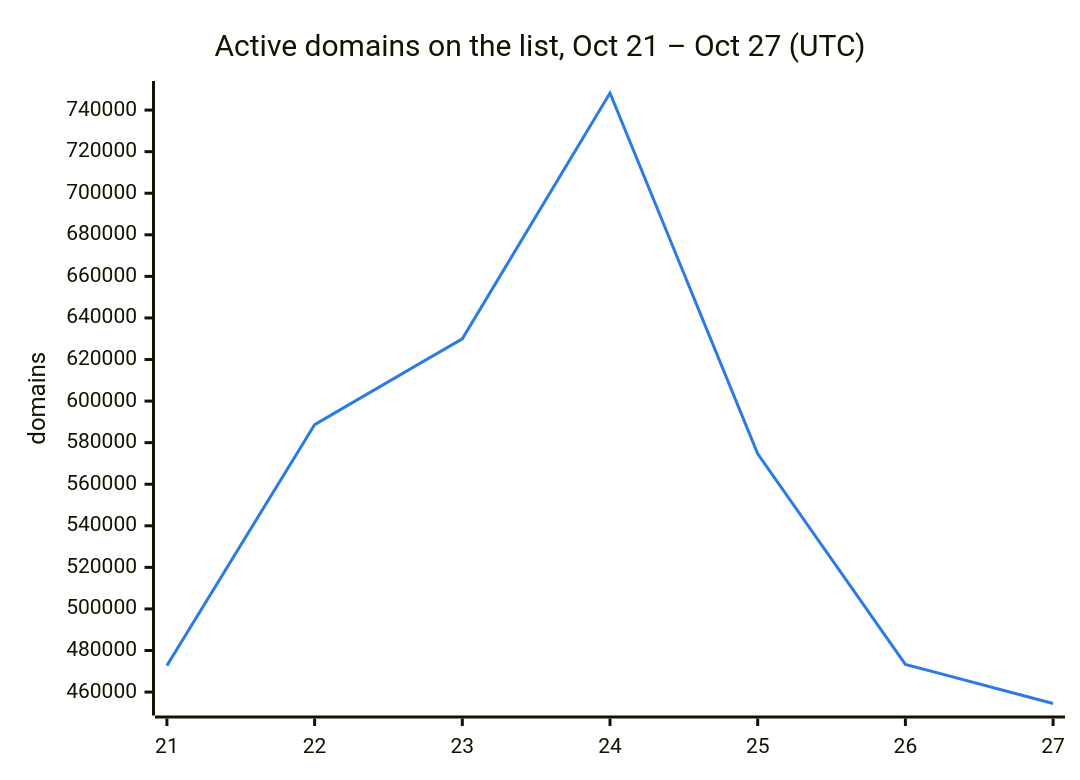
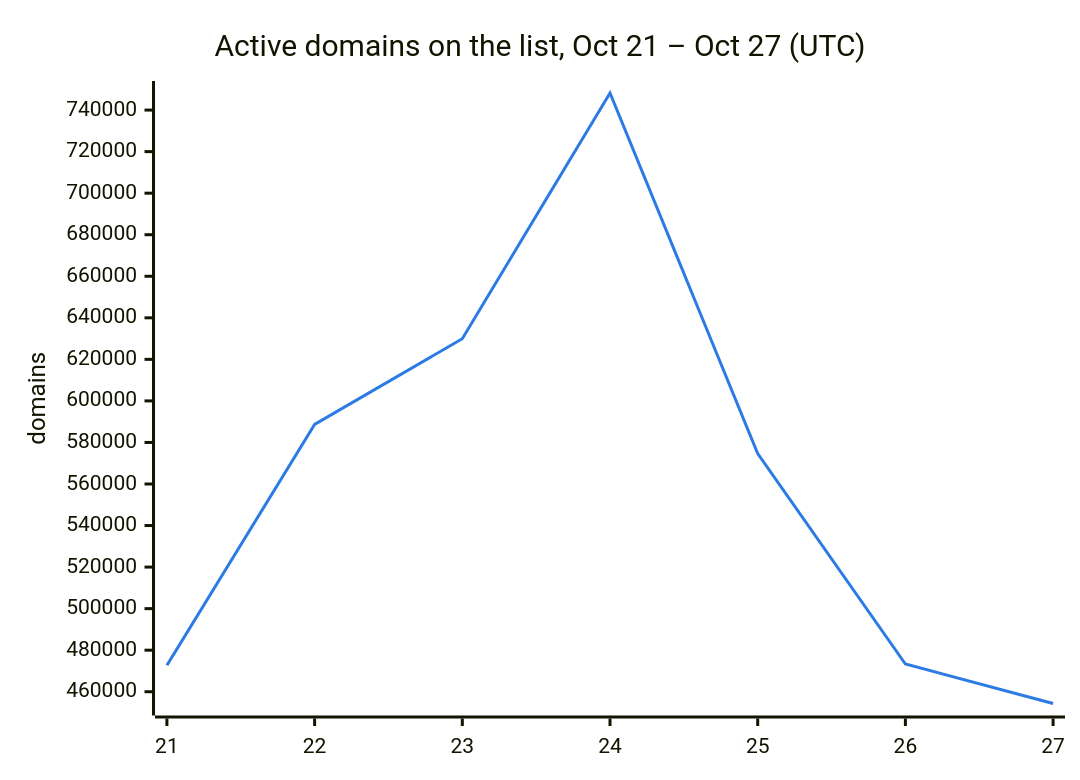
One commit to DNSBunker/CTI changed the second of 3 diagrams in README.md. Above: the diagram before and after it, drawn with Mermaid. The commit also changed other lines of this file and 3 other files, not shown here.

````diff
--- a/README.md
+++ b/README.md
@@ -38,8 +38,8 @@
 ```mermaid
 %%{init: {"themeVariables": {"xyChart": {"plotColorPalette": "#2c7be5"}}}}%%
 xychart-beta
     title "Active domains on the list, Oct 21 – Oct 27 (UTC)"
     x-axis ["21", "22", "23", "24", "25", "26", "27"]
     y-axis "domains"
-    line [472713, 588659, 629951, 748222, 574614, 473331, 454503]
+    line [472713, 588659, 629951, 748222, 574614, 473331, 454333]
 ```
````
